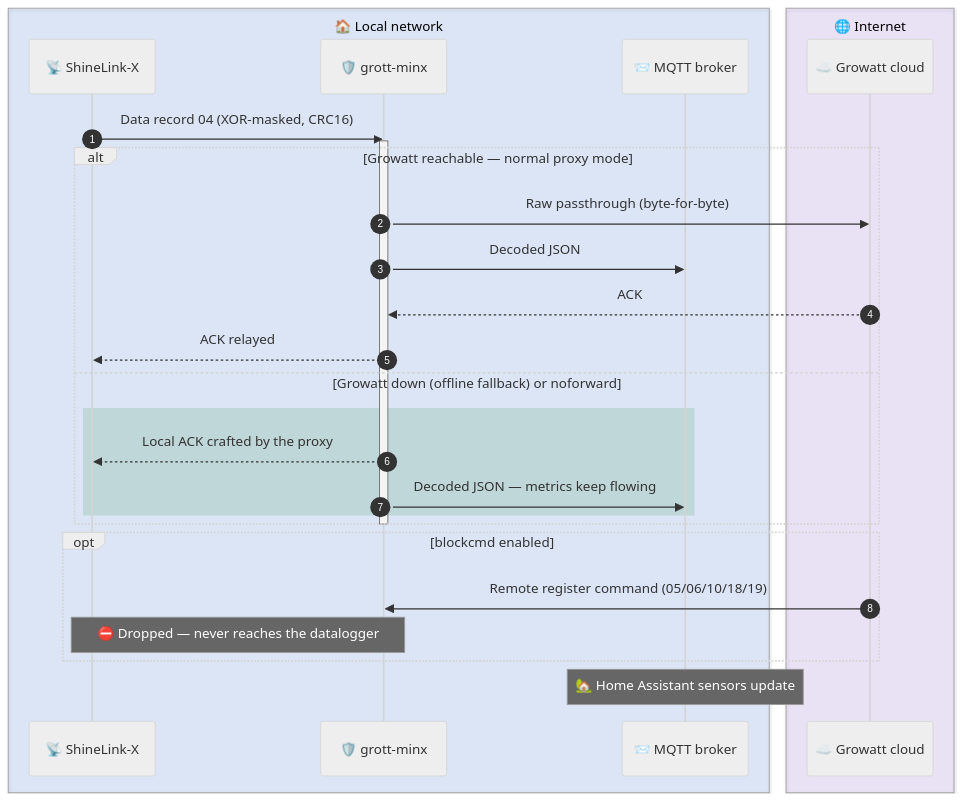
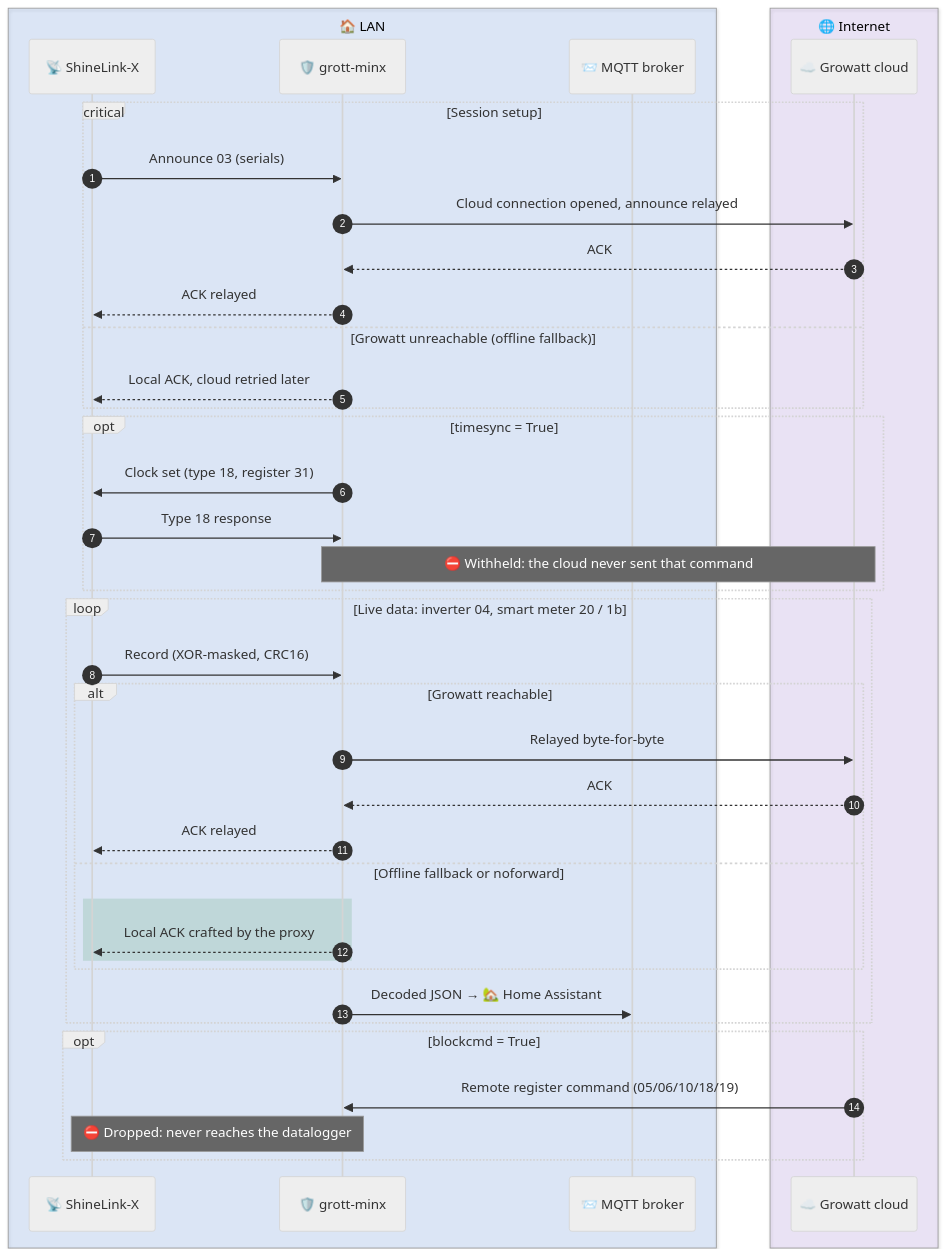
Before and after one commit to dberrocal-git/grott-minx: the second of 2 diagrams in README.md, drawn with Mermaid (neutral theme). The commit also changed other lines of this file, not shown here.

First line of the commit message:
README: diagrams sized for GitHub; add session setup and timesync

````diff
--- a/README.md
+++ b/README.md
@@ -132,32 +135,49 @@
 ```mermaid
 sequenceDiagram
+    accTitle: grott-minx session and record lifecycle
+    accDescr: Session setup with optional clock sync, live records relayed to the cloud and published to MQTT, local acknowledgements while the cloud is down, and remote commands dropped by blockcmd.
+
     autonumber
-    box rgba(31,111,235,0.12) 🏠 Local network
+    box rgba(31,111,235,0.12) 🏠 LAN
         participant DL as 📡 ShineLink-X
         participant PX as 🛡️ grott-minx
         participant MQ as 📨 MQTT broker
     end
     box rgba(137,87,229,0.12) 🌐 Internet
         participant GW as ☁️ Growatt cloud
     end
 
-    DL->>PX: Data record 04 (XOR-masked, CRC16)
-    activate PX
-    alt Growatt reachable — normal proxy mode
-        PX->>GW: Raw passthrough (byte-for-byte)
-        PX->>MQ: Decoded JSON
+    critical Session setup
+        DL->>PX: Announce 03 (serials)
+        PX->>GW: Cloud connection opened, announce relayed
         GW-->>PX: ACK
         PX-->>DL: ACK relayed
-    else Growatt down (offline fallback) or noforward
-        rect rgba(35,134,54,0.15)
-            PX-->>DL: Local ACK crafted by the proxy
-            PX->>MQ: Decoded JSON — metrics keep flowing
+    option Growatt unreachable (offline fallback)
+        PX-->>DL: Local ACK, cloud retried later
+    end
+
+    opt timesync = True
+        PX->>DL: Clock set (type 18, register 31)
+        DL->>PX: Type 18 response
+        Note over PX,GW: ⛔ Withheld: the cloud never sent that command
+    end
+
+    loop Live data: inverter 04, smart meter 20 / 1b
+        DL->>PX: Record (XOR-masked, CRC16)
+        alt Growatt reachable
+            PX->>GW: Relayed byte-for-byte
+            GW-->>PX: ACK
+            PX-->>DL: ACK relayed
+        else Offline fallback or noforward
+            rect rgba(35,134,54,0.15)
+                PX-->>DL: Local ACK crafted by the proxy
+            end
         end
+        PX->>MQ: Decoded JSON → 🏡 Home Assistant
     end
-    deactivate PX
-    opt blockcmd enabled
+
+    opt blockcmd = True
         GW->>PX: Remote register command (05/06/10/18/19)
-        Note over DL,PX: ⛔ Dropped — never reaches the datalogger
+        Note over DL,PX: ⛔ Dropped: never reaches the datalogger
     end
-    Note over MQ: 🏡 Home Assistant sensors update
 ```
````
